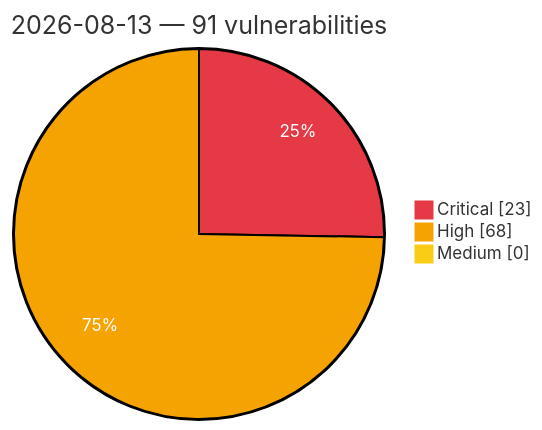
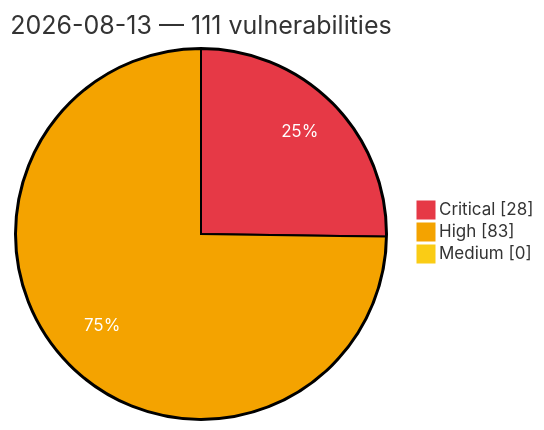
One commit to GhostX0X/vuln-tracker changed the diagram in vulnerabilities/2026/August/2026-08-13.md. Above: the diagram before and after it, drawn with Mermaid. The commit also changed other lines of this file and 5 other files, not shown here.

Commit message:
Auto update: critical/high vulns (2026-08-13 20:23 UTC)

````diff
--- a/vulnerabilities/2026/August/2026-08-13.md
+++ b/vulnerabilities/2026/August/2026-08-13.md
@@ -3,8 +3,8 @@
 ```mermaid
 %%{init: {'theme':'base', 'themeVariables': {'pie1':'#e63946', 'pie2':'#f4a300', 'pie3':'#facc15', 'pieOpacity':'1', 'pieOuterStrokeWidth':'2px', 'pieSectionTextColor':'#ffffff'}}}%%
 pie showData
-    title 2026-08-13 — 91 vulnerabilities
-    "Critical" : 23
-    "High" : 68
+    title 2026-08-13 — 111 vulnerabilities
+    "Critical" : 28
+    "High" : 83
     "Medium" : 0
 ```
````
